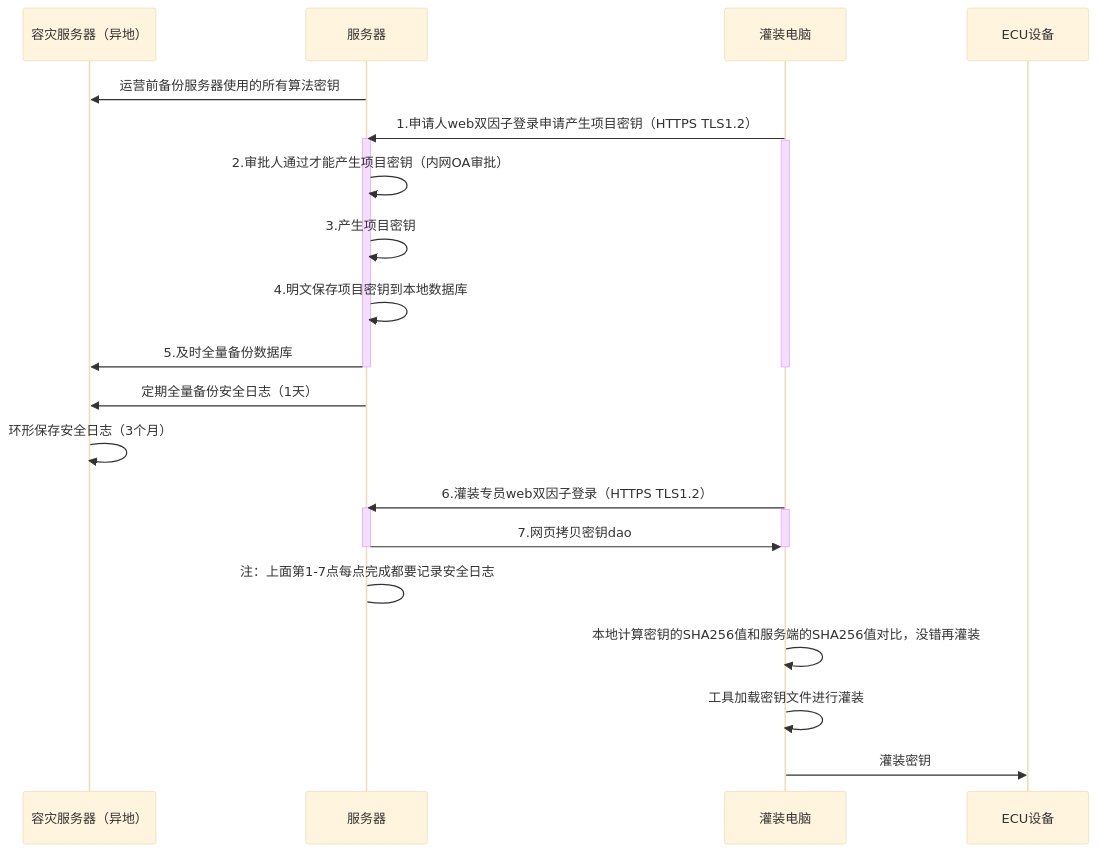
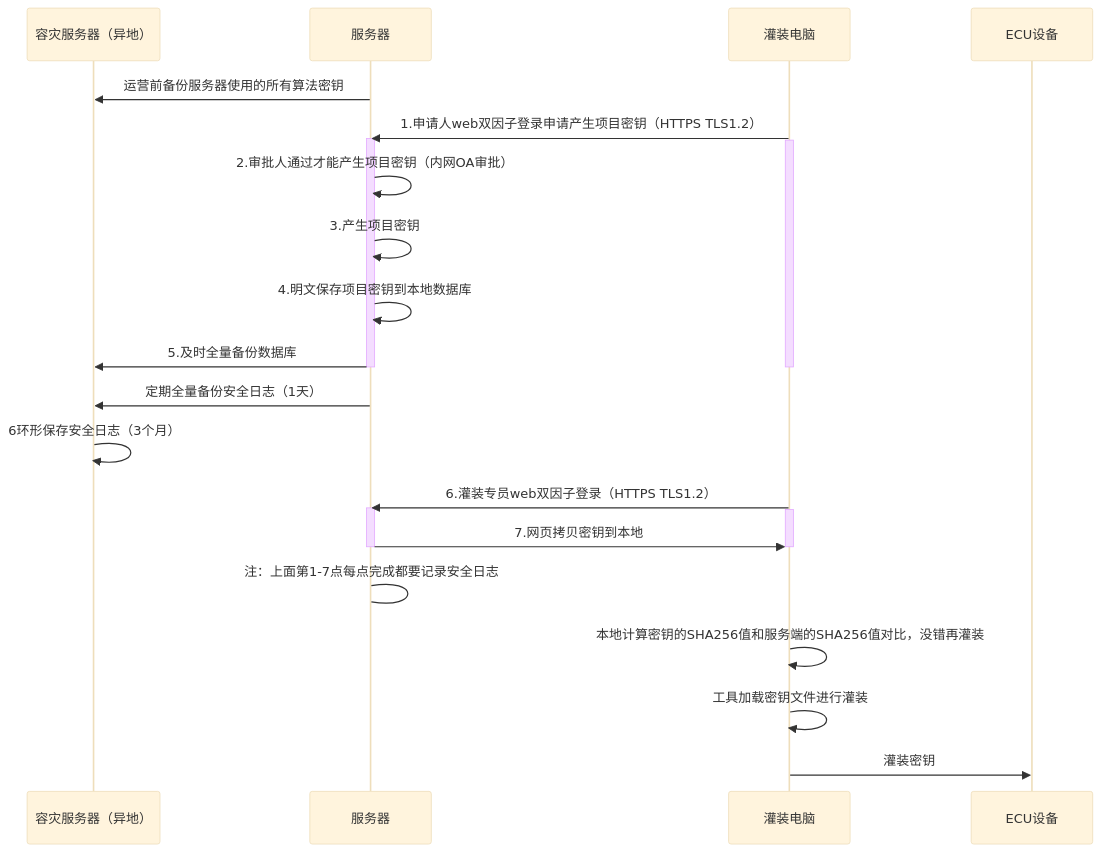
Before and after one commit to facebook-cloud/iodraw-files: the diagram in all/未命名-20.md, drawn with Mermaid (base theme).

Commit message:
2026-03-28 09:31:22 update

````diff
--- a/all/未命名-20.md
+++ b/all/未命名-20.md
@@ -1,35 +1,35 @@
 ```mermaid
 sequenceDiagram
     participant A as 容灾服务器（异地）
     participant B as 服务器
     participant D as 灌装电脑
     participant E as ECU设备
 
     B->>A: 运营前备份服务器使用的所有算法密钥
     D->>B: 1.申请人web双因子登录申请产生项目密钥（HTTPS TLS1.2）
     activate B
     activate D
     B->>B: 2.审批人通过才能产生项目密钥（内网OA审批）
     B->>B: 3.产生项目密钥
     B->>B: 4.明文保存项目密钥到本地数据库
     B->>A: 5.及时全量备份数据库
 
     deactivate B
     deactivate D
 
     B->>A: 定期全量备份安全日志（1天）
-    A->>A: 环形保存安全日志（3个月）
+    A->>A: 6环形保存安全日志（3个月）
     
     D->>B: 6.灌装专员web双因子登录（HTTPS TLS1.2）
     activate B
     activate D
-    B->>D: 7.网页拷贝密钥dao
+    B->>D: 7.网页拷贝密钥到本地
     deactivate B
     deactivate D
     B->B: 注：上面第1-7点每点完成都要记录安全日志
 
     D->>D:本地计算密钥的SHA256值和服务端的SHA256值对比，没错再灌装
     D->>D:工具加载密钥文件进行灌装
     
     D->>E: 灌装密钥
 ```
````
